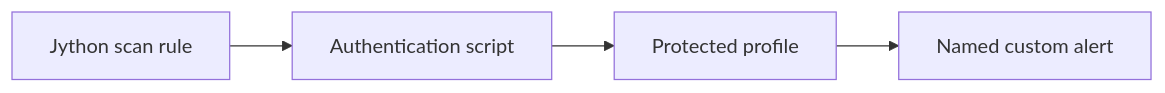
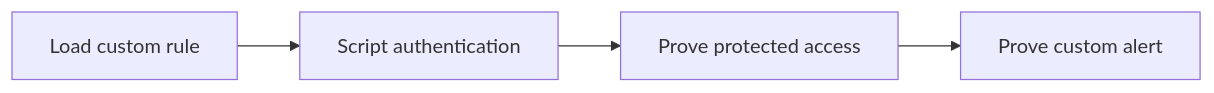
Before and after one commit to rupeshtiwari/pluralsight-script-development-with-zap: the diagram in demos/module1-demos/m1-demo3-python-scanning-authentication/README.md, drawn with Mermaid. The commit also changed other lines of this file and 30 other files, not shown here.

````diff
--- a/demos/module1-demos/m1-demo3-python-scanning-authentication/README.md
+++ b/demos/module1-demos/m1-demo3-python-scanning-authentication/README.md
@@ -29,8 +31,10 @@
 ```mermaid
 flowchart LR
-  N0["Jython scan rule"]
-  N1["Authentication script"]
-  N2["Protected profile"]
-  N3["Named custom alert"]
-  N0 --> N1 --> N2 --> N3
+  S1["Load custom rule"]
+  S2["Script authentication"]
+  S3["Prove protected access"]
+  S4["Prove custom alert"]
+  S1 --> S2
+  S2 --> S3
+  S3 --> S4
 ```
````
